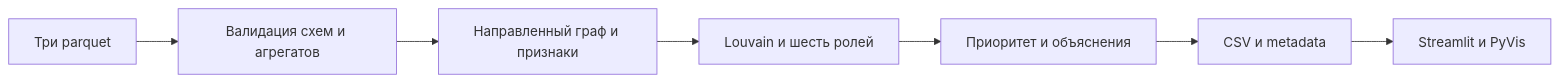
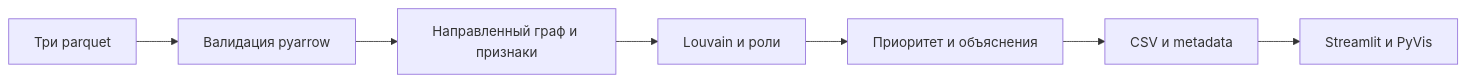
One commit to BAITC-Hacks/hack-19601c9e-teabea changed the diagram in docs/architecture.md. Above: the diagram before and after it, drawn with Mermaid. The commit also changed other lines of this file and 29 other files, not shown here.

````diff
--- a/docs/architecture.md
+++ b/docs/architecture.md
@@ -3,9 +3,9 @@
 ```mermaid
 flowchart LR
-  A[Три parquet] --> B[Валидация схем и агрегатов]
-  B --> C[Направленный граф и признаки]
-  C --> D[Louvain и шесть ролей]
-  D --> E[Приоритет и объяснения]
-  E --> F[CSV и metadata]
-  F --> G[Streamlit и PyVis]
+  P[Три parquet] --> V[Валидация pyarrow]
+  V --> G[Направленный граф и признаки]
+  G --> R[Louvain и роли]
+  R --> S[Приоритет и объяснения]
+  S --> C[CSV и metadata]
+  C --> U[Streamlit и PyVis]
 ```
````
